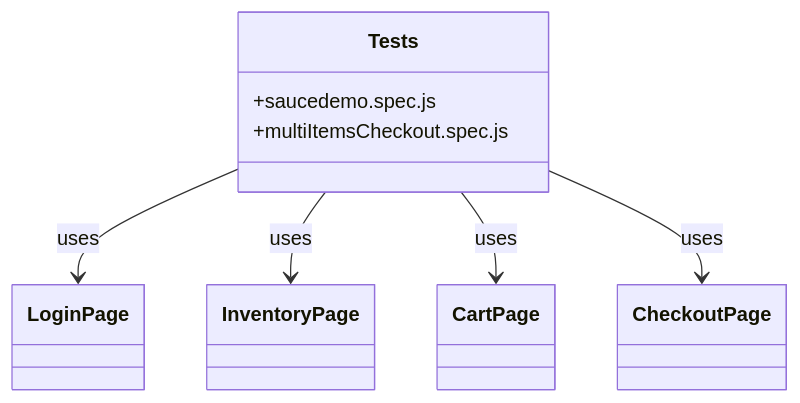
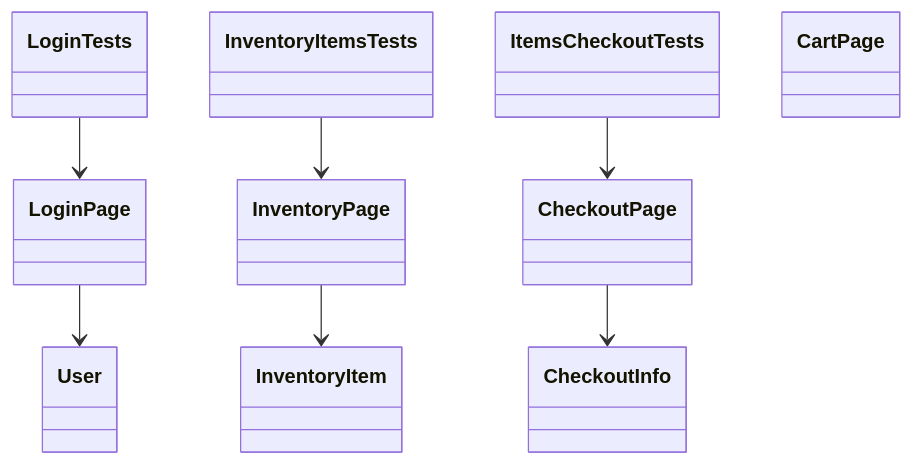
Before and after one commit to ravs788/playwrightpom: the second of 2 diagrams in test-flow-diagram.md, drawn with Mermaid. The commit also changed other lines of this file and 1 other file, not shown here.

````diff
--- a/test-flow-diagram.md
+++ b/test-flow-diagram.md
@@ -45,17 +34,20 @@
 ```mermaid
 classDiagram
-    class Tests {
-        +saucedemo.spec.js
-        +multiItemsCheckout.spec.js
-    }
+    class LoginTests { }
+    class InventoryItemsTests { }
+    class ItemsCheckoutTests { }
+    class LoginPage { }
+    class InventoryPage { }
+    class CartPage { }
+    class CheckoutPage { }
+    class User { }
+    class InventoryItem { }
+    class CheckoutInfo { }
 
-    class LoginPage
-    class InventoryPage
-    class CartPage
-    class CheckoutPage
-
-    Tests --> LoginPage : uses
-    Tests --> InventoryPage : uses
-    Tests --> CartPage : uses
-    Tests --> CheckoutPage : uses
+    LoginTests --> LoginPage
+    InventoryItemsTests --> InventoryPage
+    ItemsCheckoutTests --> CheckoutPage
+    LoginPage --> User
+    InventoryPage --> InventoryItem
+    CheckoutPage --> CheckoutInfo
 ```
````
